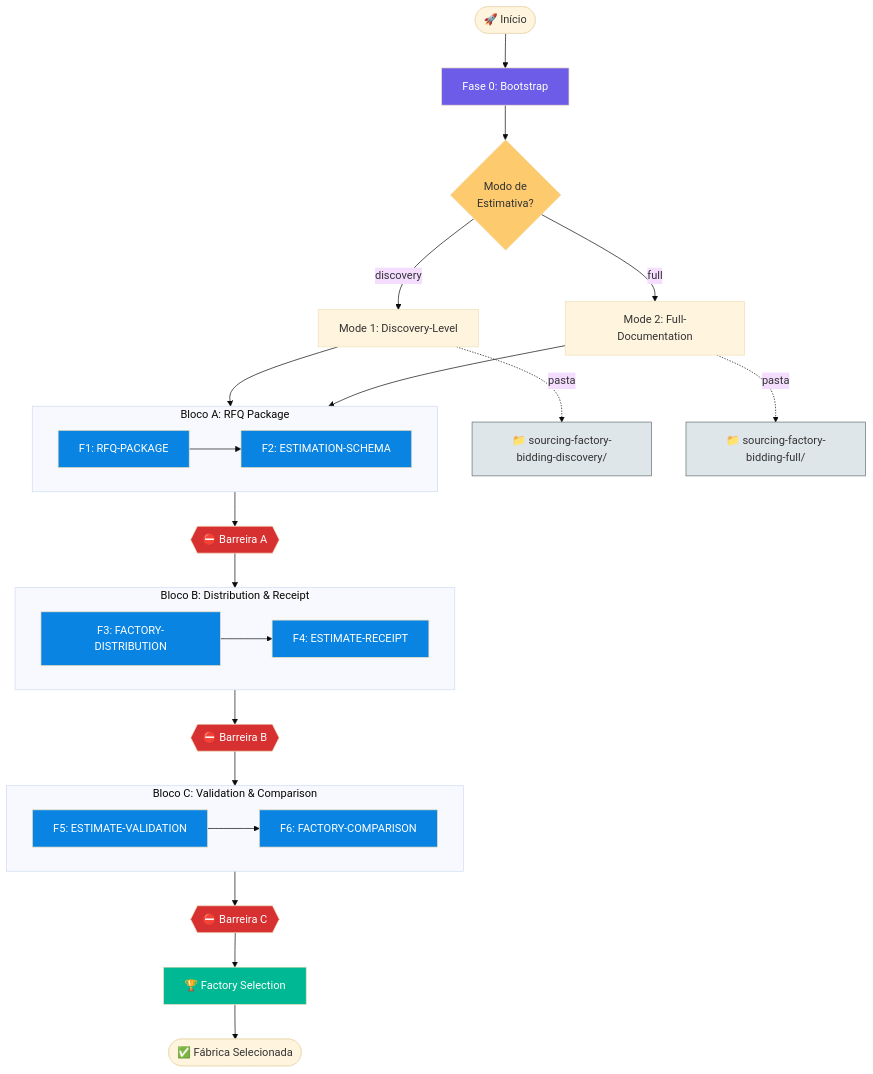
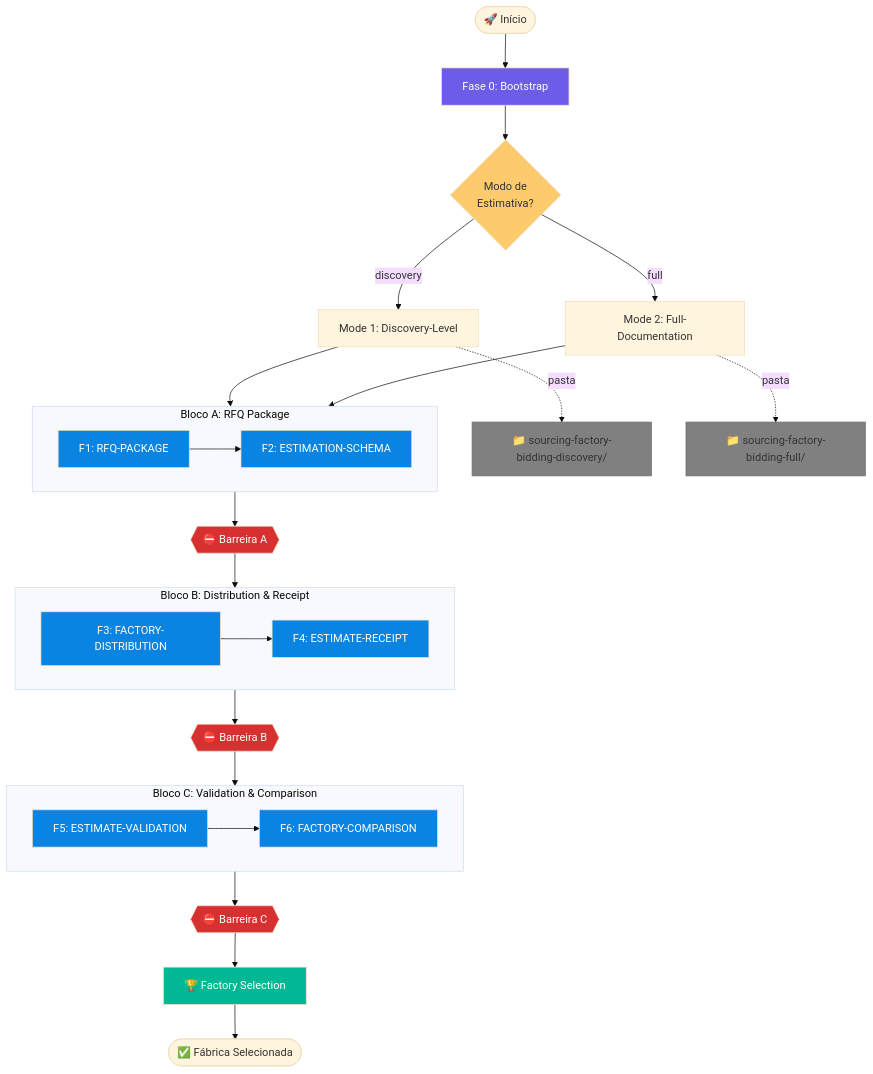
One commit to bolismar69/workspace-fbso changed the first of 8 diagrams in .specs/prompts/sourcing-factory-bidding/FLOWCHART-PROMPT-ROADMAP-GENERATE-SOURCING-FACTORY-BIDDING.md. Above: the diagram before and after it, drawn with Mermaid (base theme). The commit also changed other lines of this file and 5 other files, not shown here.

````diff
--- a/.specs/prompts/sourcing-factory-bidding/FLOWCHART-PROMPT-ROADMAP-GENERATE-SOURCING-FACTORY-BIDDING.md
+++ b/.specs/prompts/sourcing-factory-bidding/FLOWCHART-PROMPT-ROADMAP-GENERATE-SOURCING-FACTORY-BIDDING.md
@@ -13,58 +13,58 @@
 ```mermaid
 flowchart TB
     START([🚀 Início]) --> F0[Fase 0: Bootstrap]
 
     F0 --> MODE_DECISION{Modo de<br/>Estimativa?}
     MODE_DECISION -->|discovery| MODE1[Mode 1: Discovery-Level]
     MODE_DECISION -->|full| MODE2[Mode 2: Full-Documentation]
 
     MODE1 --> BLOCO_A
     MODE2 --> BLOCO_A
 
     subgraph BLOCO_A[Bloco A: RFQ Package]
         direction LR
         F1[F1: RFQ-PACKAGE] --> F2[F2: ESTIMATION-SCHEMA]
     end
 
     BLOCO_A --> BARREIRA_A{{⛔ Barreira A}}
 
     BARREIRA_A --> BLOCO_B
 
     subgraph BLOCO_B[Bloco B: Distribution & Receipt]
         direction LR
         F3[F3: FACTORY-DISTRIBUTION] --> F4[F4: ESTIMATE-RECEIPT]
     end
 
     BLOCO_B --> BARREIRA_B{{⛔ Barreira B}}
 
     BARREIRA_B --> BLOCO_C
 
     subgraph BLOCO_C[Bloco C: Validation & Comparison]
         direction LR
         F5[F5: ESTIMATE-VALIDATION] --> F6[F6: FACTORY-COMPARISON]
     end
 
     BLOCO_C --> BARREIRA_C{{⛔ Barreira C}}
 
     BARREIRA_C --> SELECTION[🏆 Factory Selection]
 
     SELECTION --> END([✅ Fábrica Selecionada])
 
     MODE1 -.->|pasta| DISCOVERY_PATH[📁 sourcing-factory-bidding-discovery/]
     MODE2 -.->|pasta| FULL_PATH[📁 sourcing-factory-bidding-full/]
 
     style F0 fill:#6c5ce7,color:#fff
     style F1 fill:#0984e3,color:#fff
     style F2 fill:#0984e3,color:#fff
     style F3 fill:#0984e3,color:#fff
     style F4 fill:#0984e3,color:#fff
     style F5 fill:#0984e3,color:#fff
     style F6 fill:#0984e3,color:#fff
     style SELECTION fill:#00b894,color:#fff
     style BARREIRA_A fill:#d63031,color:#fff
     style BARREIRA_B fill:#d63031,color:#fff
     style BARREIRA_C fill:#d63031,color:#fff
     style MODE_DECISION fill:#fdcb6e,color:#333
-    style DISCOVERY_PATH fill:#dfe6e9,stroke:#636e72
-    style FULL_PATH fill:#dfe6e9,stroke:#636e72
+    style DISCOVERY_PATH fill:#808080,stroke:#636e72
+    style FULL_PATH fill:#808080,stroke:#636e72
 ```
````
